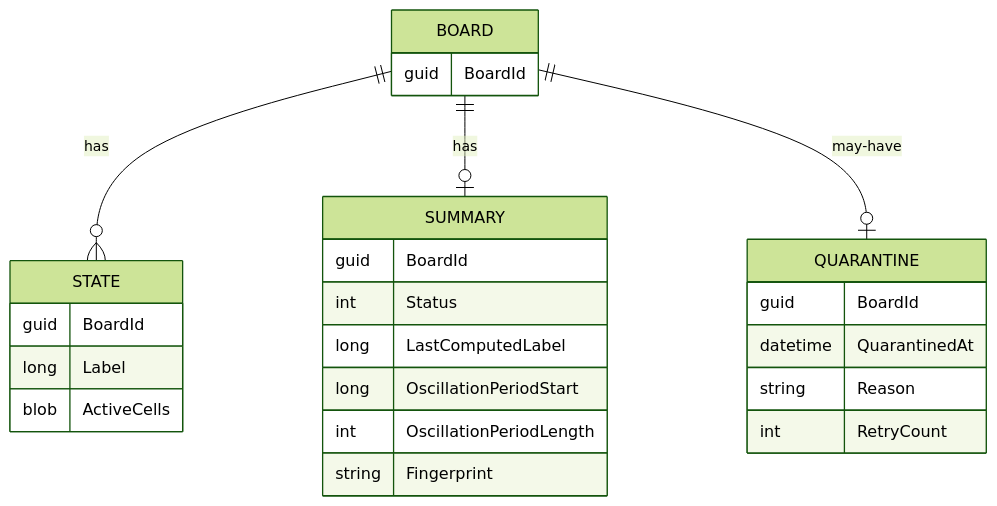
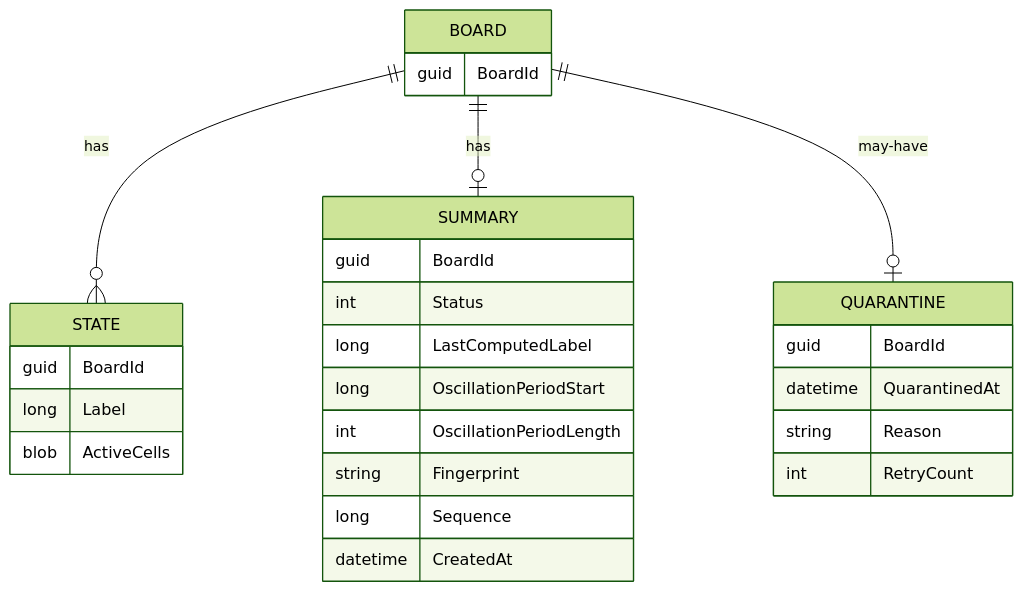
The diagram in docs/persistence.md (GabrielAtGitHub/LifeService), drawn with Mermaid (forest theme) before and after one commit. The commit also changed other lines of this file and 12 other files, not shown here.

First line of the commit message:
Order board listing by monotonic creation sequence

````diff
--- a/docs/persistence.md
+++ b/docs/persistence.md
@@ -49,10 +53,10 @@
 ```mermaid
 erDiagram
     BOARD ||--o{ STATE : has
     BOARD ||--o| SUMMARY : has
     BOARD ||--o| QUARANTINE : may-have
     BOARD { guid BoardId }
     STATE { guid BoardId  long Label  blob ActiveCells }
-    SUMMARY { guid BoardId  int Status  long LastComputedLabel  long OscillationPeriodStart  int OscillationPeriodLength  string Fingerprint }
+    SUMMARY { guid BoardId  int Status  long LastComputedLabel  long OscillationPeriodStart  int OscillationPeriodLength  string Fingerprint  long Sequence  datetime CreatedAt }
     QUARANTINE { guid BoardId  datetime QuarantinedAt  string Reason  int RetryCount }
 ```
````
